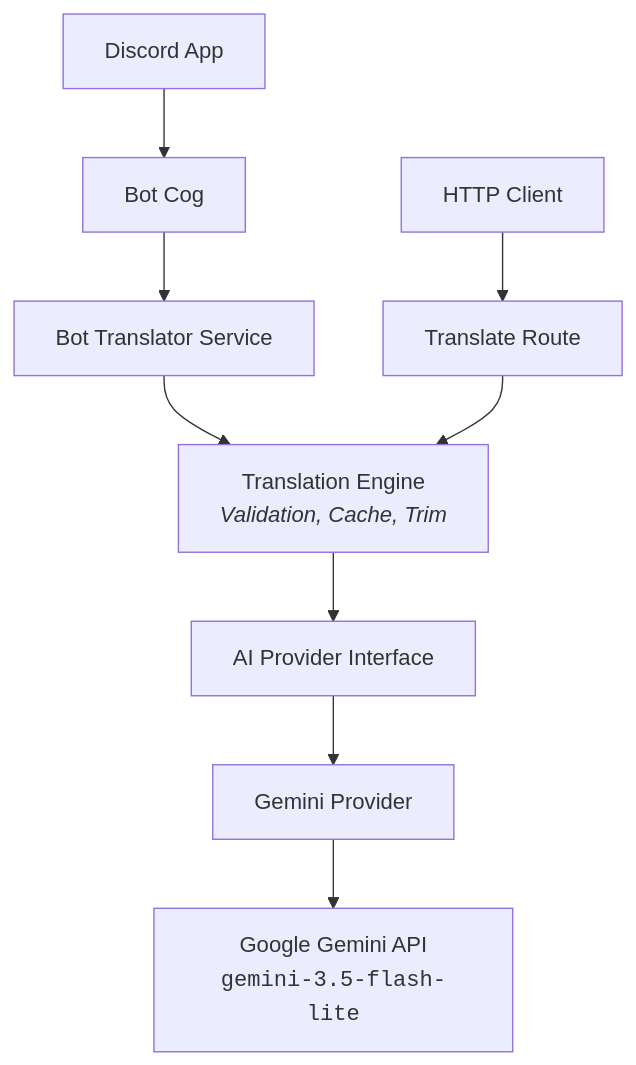
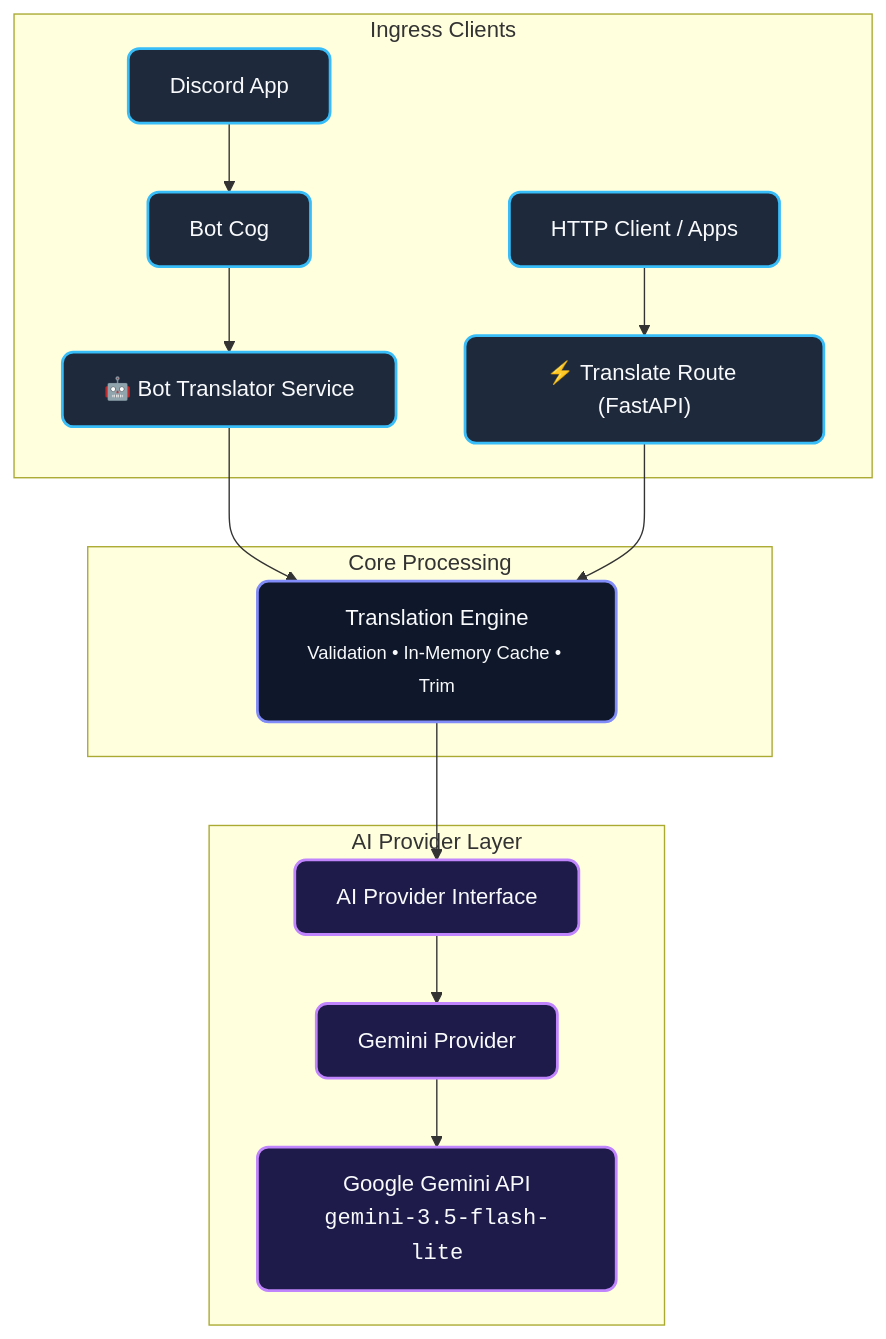
The diagram in README.md (Saiky988/nvir-translator), drawn with Mermaid before and after one commit.

````diff
--- a/README.md
+++ b/README.md
@@ -25,14 +25,26 @@
 ```mermaid
 flowchart TD
-    DA[Discord App] --> BC[Bot Cog]
-    BC --> BTS[Bot Translator Service]
+    %% Styling
+    classDef client fill:#1e293b,stroke:#38bdf8,stroke-width:2px,color:#f8fafc,rx:8,ry:8;
+    classDef core fill:#0f172a,stroke:#818cf8,stroke-width:2px,color:#f8fafc,rx:8,ry:8;
+    classDef ai fill:#1e1b4b,stroke:#c084fc,stroke-width:2px,color:#f8fafc,rx:8,ry:8;
 
-    HC[HTTP Client] --> TR[Translate Route]
+    subgraph Entrypoints [" Ingress Clients "]
+        DA["Discord App"]:::client --> BC["Bot Cog"]:::client
+        BC --> BTS["🤖 Bot Translator Service"]:::client
 
-    BTS --> TE[Translation Engine<br/><i>Validation, Cache, Trim</i>]
-    TR --> TE
+        HC["HTTP Client / Apps"]:::client --> TR["⚡ Translate Route (FastAPI)"]:::client
+    end
 
-    TE --> API_INT[AI Provider Interface]
-    API_INT --> GP[Gemini Provider]
-    GP --> GAPI[Google Gemini API<br/><code>gemini-3.5-flash-lite</code>]
+    subgraph CoreEngine [" Core Processing "]
+        BTS --> TE
+        TR --> TE
+        TE["Translation Engine<br/><small>Validation • In-Memory Cache • Trim</small>"]:::core
+    end
+
+    subgraph ModelLayer [" AI Provider Layer "]
+        TE --> API_INT["AI Provider Interface"]:::ai
+        API_INT --> GP["Gemini Provider"]:::ai
+        GP --> GAPI["Google Gemini API<br/><code>gemini-3.5-flash-lite</code>"]:::ai
+    end
 ```
````
